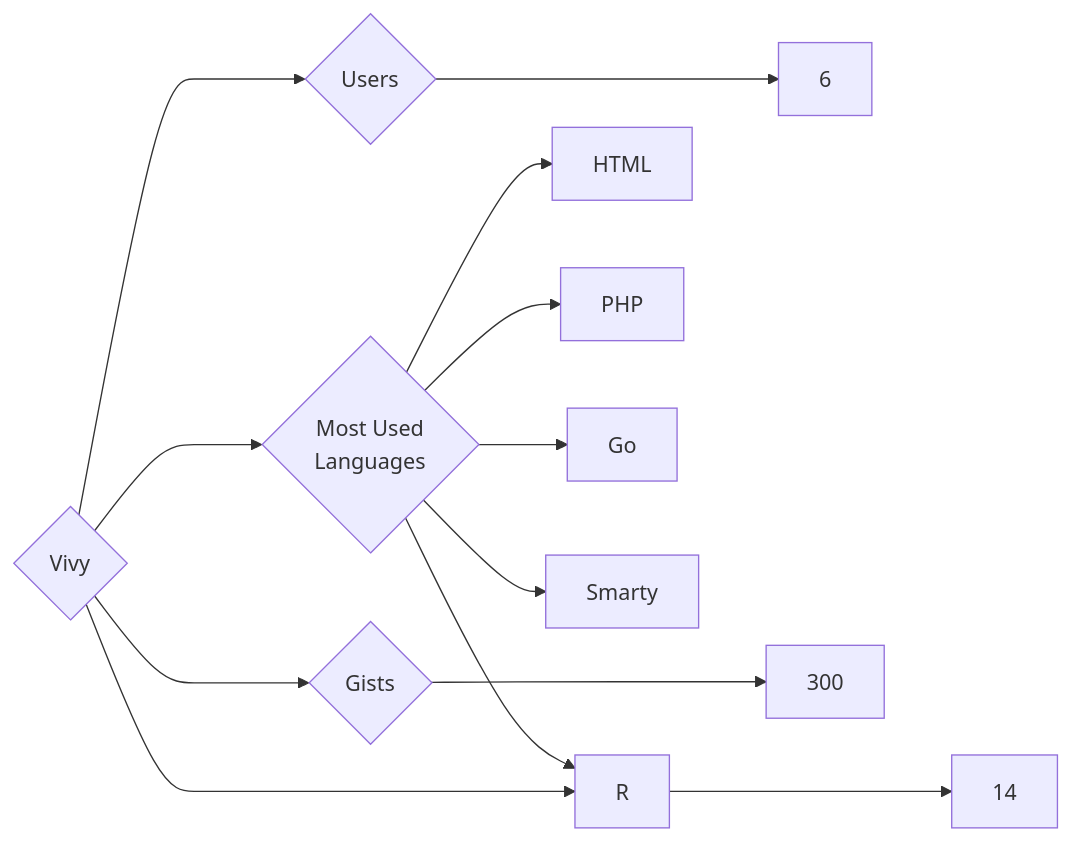
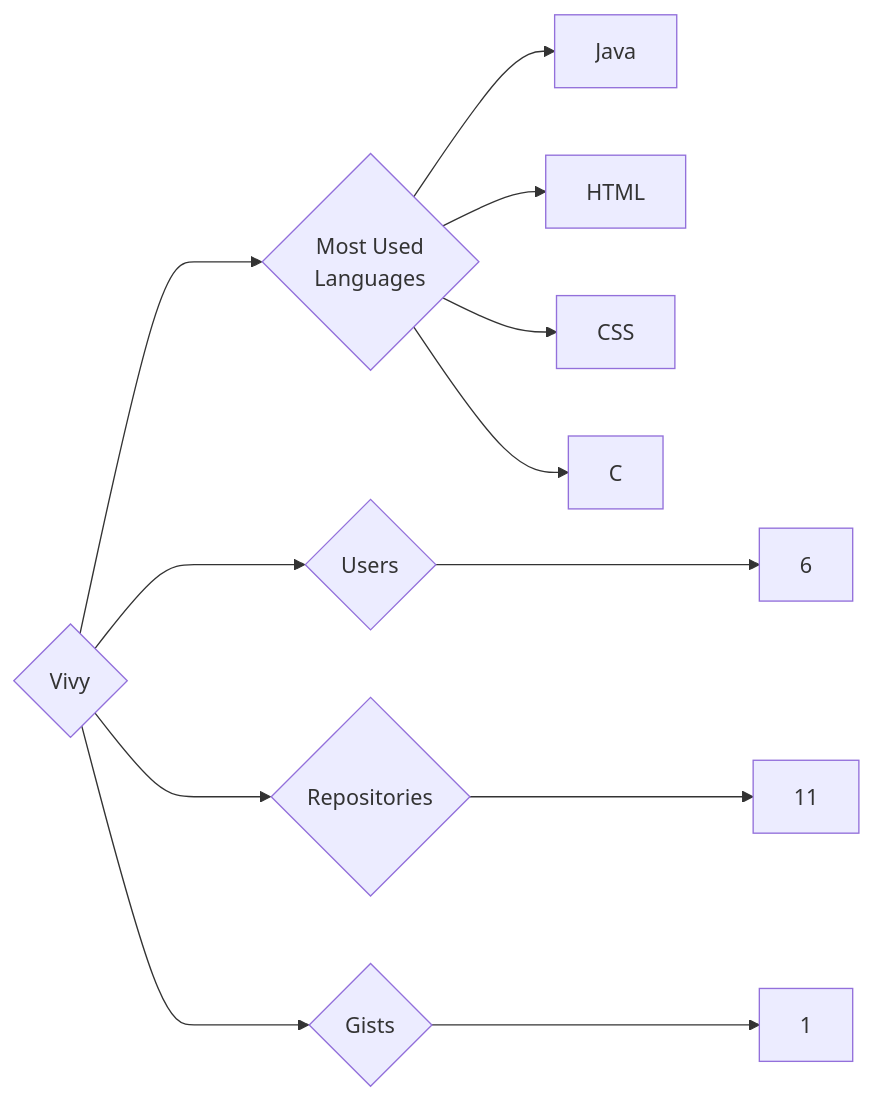
One commit to trickest/insiders changed the diagram in targets/Vivy/README.md. Above: the diagram before and after it, drawn with Mermaid. The commit also changed 955 other files, not shown here.

````diff
--- a/targets/Vivy/README.md
+++ b/targets/Vivy/README.md
@@ -3,13 +3,12 @@
 ```mermaid
 graph LR
 COMPANY_NAME{Vivy}
 COMPANY_NAME ---> U{Users} ---> UN[6]
-COMPANY_NAME ---> R{Repositories} ---> RN[14]
-COMPANY_NAME ---> G{Gists} ---> GN[300]
+COMPANY_NAME ---> R{Repositories} ---> RN[11]
+COMPANY_NAME ---> G{Gists} ---> GN[1]
 COMPANY_NAME ---> ML{Most Used<br>Languages}
+ML --> Java[Java]
 ML --> HTML[HTML]
-ML --> R[R]
-ML --> PHP[PHP]
-ML --> Go[Go]
-ML --> Smarty[Smarty]
+ML --> CSS[CSS]
+ML --> C[C]
 ```
````
